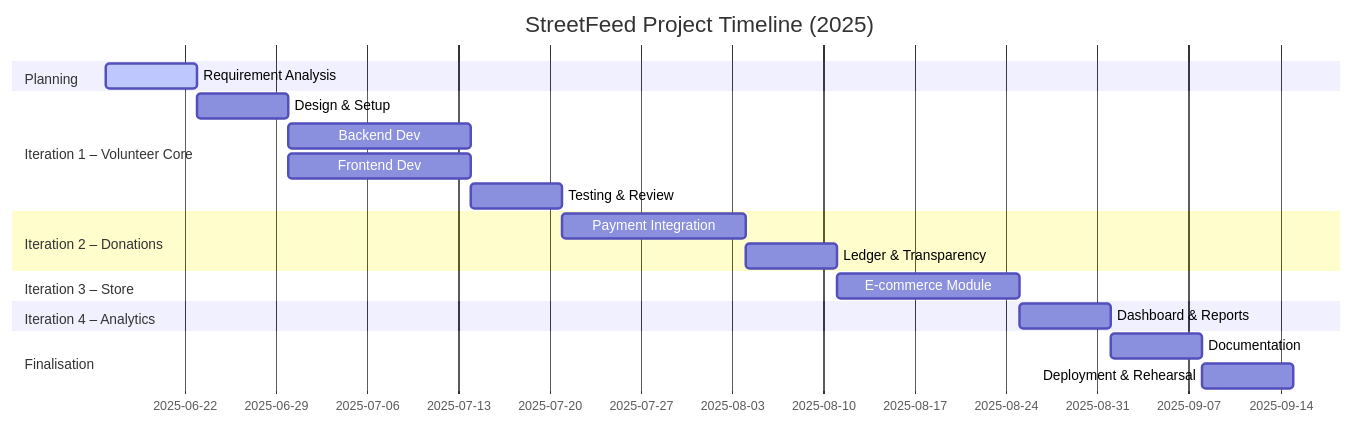
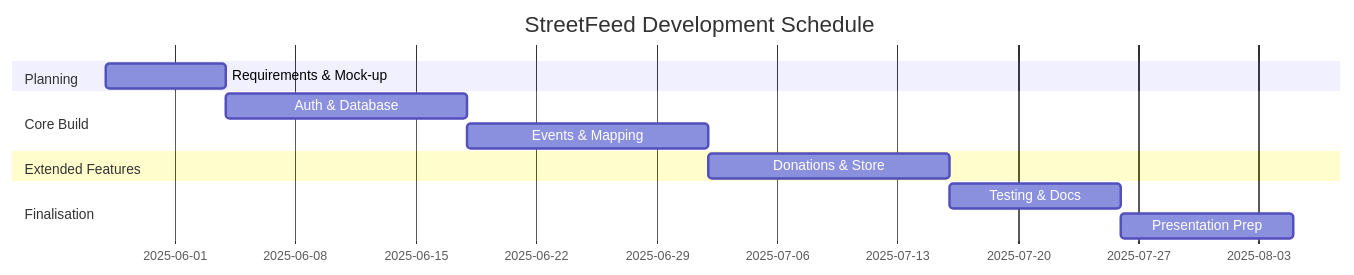
One commit to almos0002/playerjs changed the third of 3 diagrams in proposal_defence.md. Above: the diagram before and after it, drawn with Mermaid. The commit also changed other lines of this file, not shown here.

````diff
--- a/proposal_defence.md
+++ b/proposal_defence.md
@@ -133,22 +135,15 @@
 ```mermaid
 gantt
-    dateFormat  YYYY-MM-DD
-    title StreetFeed Project Timeline (2025)
-    section Planning
-    Requirement Analysis    :active, a1, 2025-06-16, 1w
-    section Iteration 1 – Volunteer Core
-    Design & Setup          :a2, after a1, 1w
-    Backend Dev             :a3, after a2, 2w
-    Frontend Dev            :a4, after a2, 2w
-    Testing & Review        :a5, after a4, 1w
-    section Iteration 2 – Donations
-    Payment Integration     :b1, after a5, 2w
-    Ledger & Transparency   :b2, after b1, 1w
-    section Iteration 3 – Store
-    E-commerce Module       :c1, after b2, 2w
-    section Iteration 4 – Analytics
-    Dashboard & Reports     :d1, after c1, 1w
-    section Finalisation
-    Documentation           :e1, after d1, 1w
-    Deployment & Rehearsal  :e2, after e1, 1w
+dateFormat  YYYY-MM-DD
+title StreetFeed Development Schedule
+section Planning
+Requirements & Mock-up      :a1, 2025-05-28, 7d
+section Core Build
+Auth & Database             :a2, 2025-06-04, 14d
+Events & Mapping            :a3, 2025-06-18, 14d
+section Extended Features
+Donations & Store           :a4, 2025-07-02, 14d
+section Finalisation
+Testing & Docs              :a5, 2025-07-16, 10d
+Presentation Prep           :a6, 2025-07-26, 10d
 ```
````
